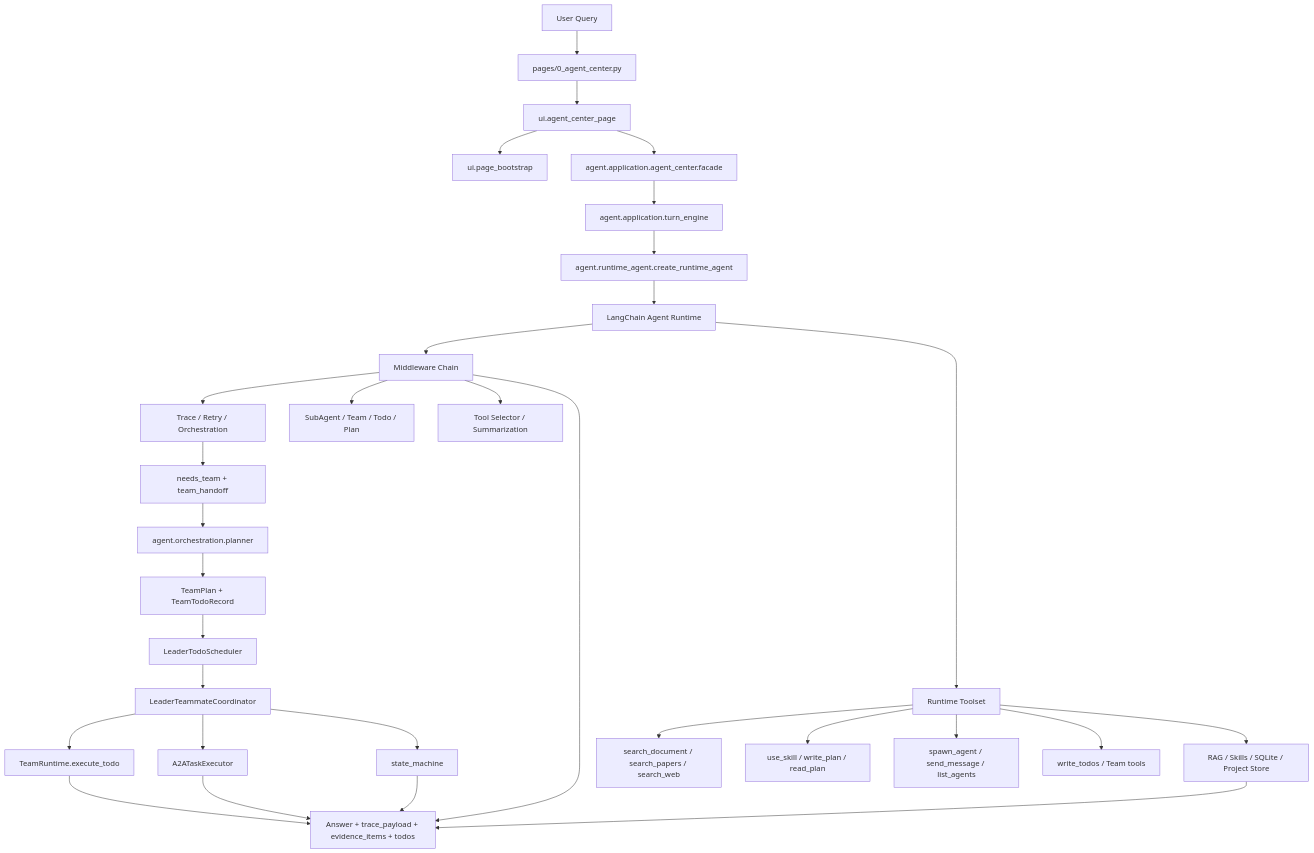
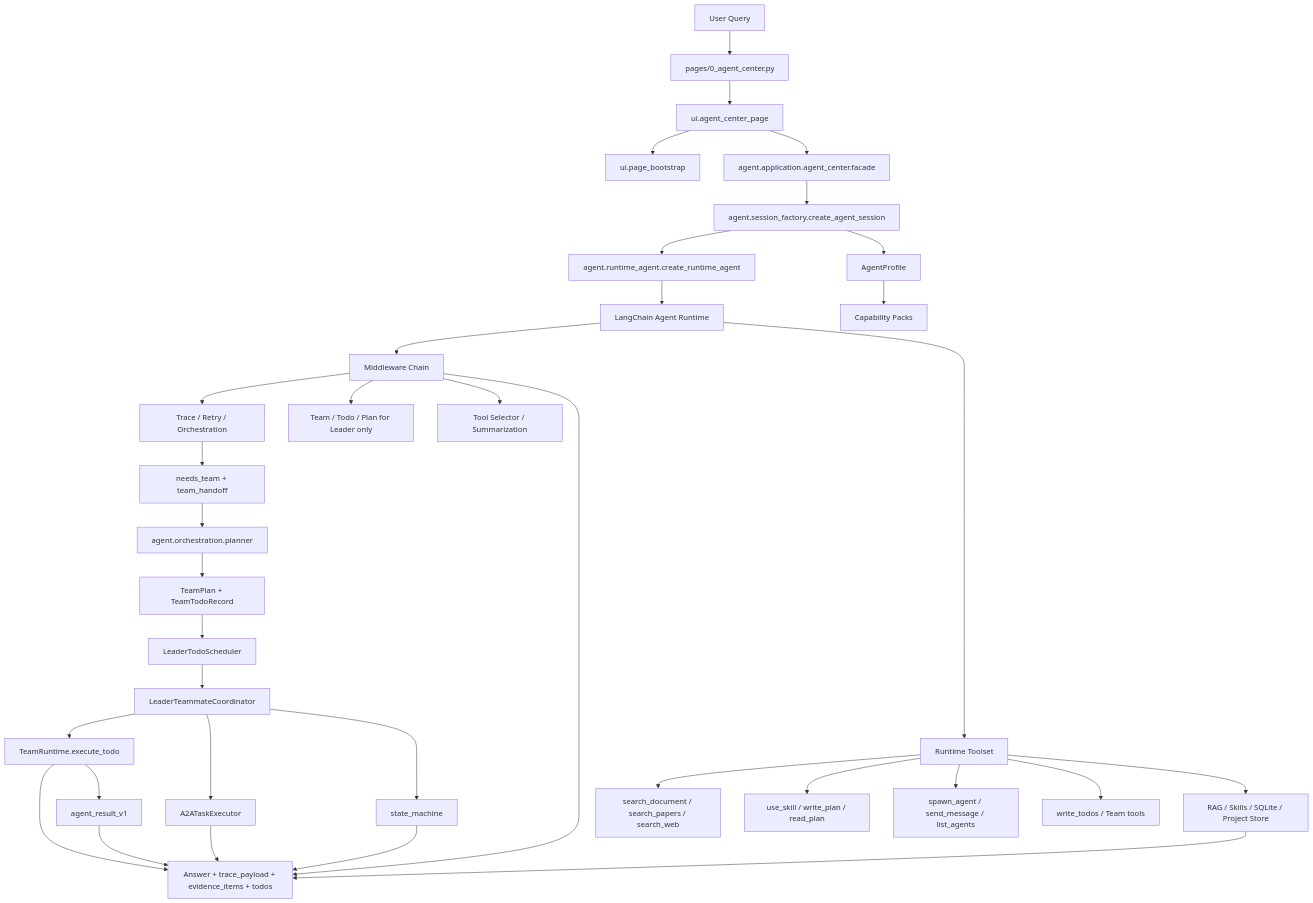
The first of 3 diagrams in README_EN.md (0verL1nk/PaperSage), drawn with Mermaid before and after one commit. The commit also changed other lines of this file and 12 other files, not shown here.

````diff
--- a/README_EN.md
+++ b/README_EN.md
@@ -93,33 +95,37 @@
 ```mermaid
 flowchart TD
     A[User Query] --> B[pages/0_agent_center.py]
     B --> C[ui.agent_center_page]
     C --> D[ui.page_bootstrap]
     C --> E[agent.application.agent_center.facade]
-    E --> F[agent.application.turn_engine]
+    E --> F[agent.session_factory.create_agent_session]
     F --> G[agent.runtime_agent.create_runtime_agent]
     G --> H[LangChain Agent Runtime]
     H --> I[Middleware Chain]
     I --> I1[Trace / Retry / Orchestration]
-    I --> I2[SubAgent / Team / Todo / Plan]
+    I --> I2[Team / Todo / Plan for Leader only]
     I --> I3[Tool Selector / Summarization]
+    F --> P1[AgentProfile]
+    P1 --> P2[Capability Packs]
     I1 --> M1[needs_team + team_handoff]
     M1 --> M2[agent.orchestration.planner]
     M2 --> M3[TeamPlan + TeamTodoRecord]
     M3 --> M4[LeaderTodoScheduler]
     M4 --> M5[LeaderTeammateCoordinator]
     M5 --> M6[TeamRuntime.execute_todo]
     M5 --> M7[A2ATaskExecutor]
     M5 --> M8[state_machine]
     H --> J[Runtime Toolset]
     J --> J1[search_document / search_papers / search_web]
     J --> J2[use_skill / write_plan / read_plan]
     J --> J3[spawn_agent / send_message / list_agents]
     J --> J4[write_todos / Team tools]
     J --> K[RAG / Skills / SQLite / Project Store]
     M6 --> L[Answer + trace_payload + evidence_items + todos]
     M7 --> L
     M8 --> L
     I --> L
     K --> L
+    M6 --> R[agent_result_v1]
+    R --> L
 ```
````
